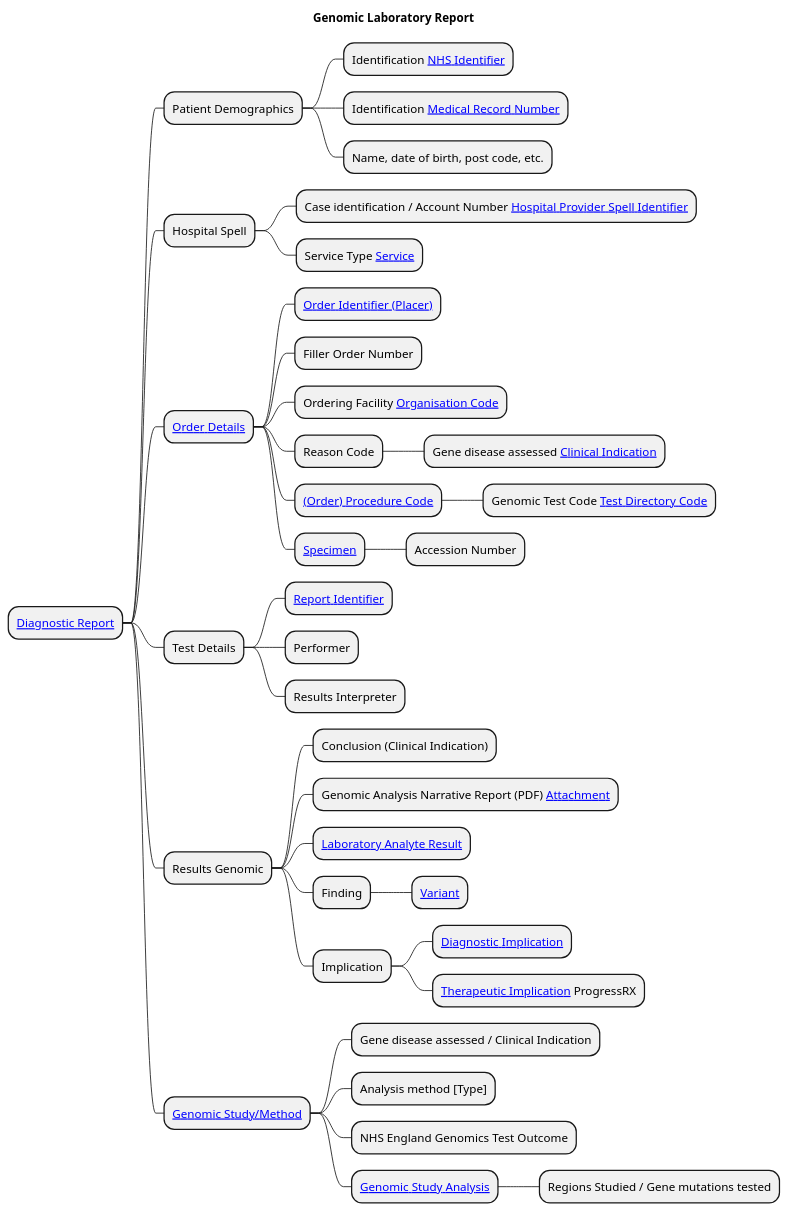
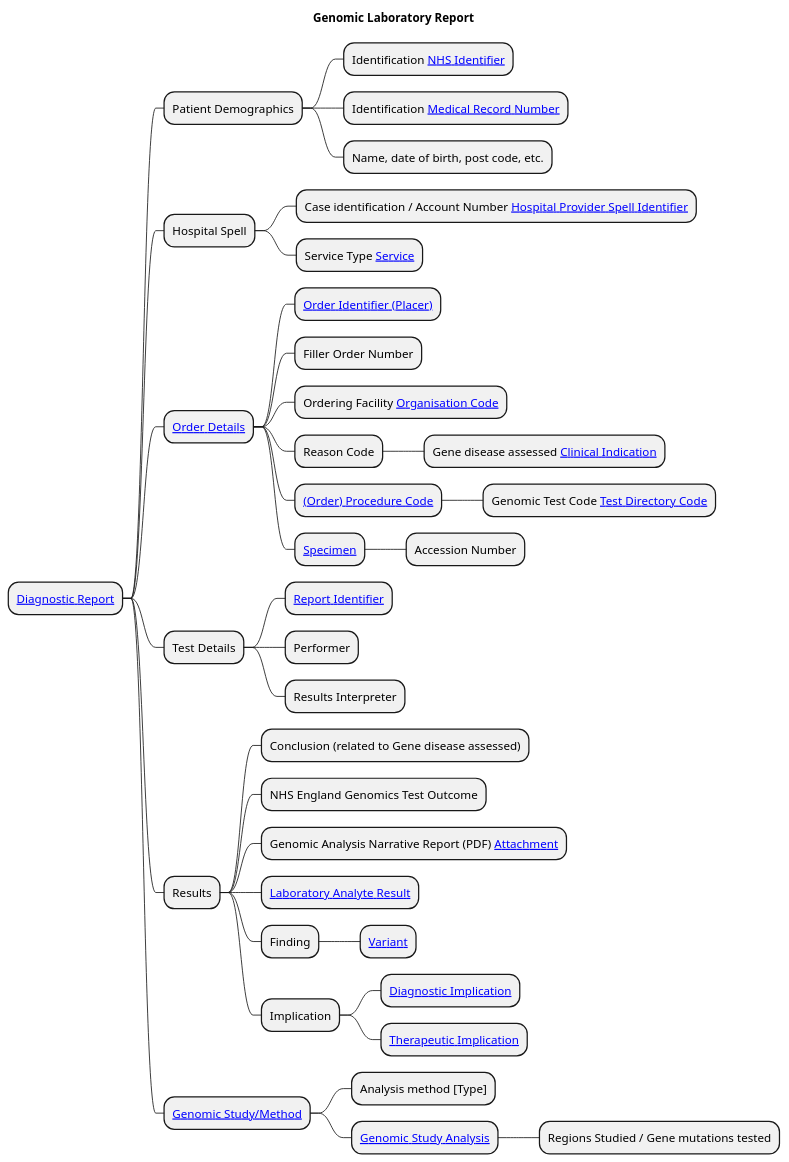
Before and after one commit to nw-gmsa/nw-gmsa.github.com: the diagram in input/images-source/LaboratoryReport-mindmap.plantuml, drawn with PlantUML. The commit also changed 2 other files, not shown here.

```diff
--- a/input/images-source/LaboratoryReport-mindmap.plantuml
+++ b/input/images-source/LaboratoryReport-mindmap.plantuml
@@ -1,43 +1,42 @@
 @startmindmap
 
 title "Genomic Laboratory Report"
 
 * [[StructureDefinition-DiagnosticReport.html Diagnostic Report]]
 ** Patient Demographics
 *** Identification [[StructureDefinition-NHSIdentifier.html NHS Identifier]]
 *** Identification [[StructureDefinition-MedicalRecordNumber.html Medical Record Number]]
 *** Name, date of birth, post code, etc.
 ** Hospital Spell
 *** Case identification / Account Number [[StructureDefinition-HospitalProviderSpellIdentifier.html Hospital Provider Spell Identifier]]
 *** Service Type [[ValueSet-service.html Service]]
 ** [[Questionnaire-GenomicTestOrder.html Order Details]]
 *** [[StructureDefinition-OrderIdentifier.html Order Identifier (Placer)]]
 *** Filler Order Number
 *** Ordering Facility [[StructureDefinition-OrganisationCode.html Organisation Code]]
 *** Reason Code
 **** Gene disease assessed [[CodeSystem-GenomicClinicalIndication.html Clinical Indication]]
 *** [[https://www.datadictionary.nhs.uk/data_elements/local_treatment_category_code.html (Order) Procedure Code]]
 **** Genomic Test Code [[CodeSystem-GenomicTestCode.html Test Directory Code]]
 *** [[StructureDefinition-Specimen.html Specimen]]
 **** Accession Number
 ** Test Details
 *** [[StructureDefinition-ReportIdentifier.html Report Identifier]]
 *** Performer
 *** Results Interpreter
-** Results Genomic
-*** Conclusion (Clinical Indication)
+** Results
+*** Conclusion (related to Gene disease assessed)
+*** NHS England Genomics Test Outcome
 *** Genomic Analysis Narrative Report (PDF) [[StructureDefinition-NWAttachment.html Attachment]]
 *** [[#laboratory-analyte-result Laboratory Analyte Result]]
 *** Finding
 **** [[#reportable-variant Variant]]
 *** Implication
 **** [[#diagnostic-implication Diagnostic Implication]]
-**** [[#implications Therapeutic Implication]] ProgressRX
+**** [[#implications Therapeutic Implication]]
 ** [[#genomic-study Genomic Study/Method]]
-*** Gene disease assessed / Clinical Indication
 *** Analysis method [Type]
-*** NHS England Genomics Test Outcome
 *** [[#genomic-study-analysis Genomic Study Analysis]]
 **** Regions Studied / Gene mutations tested
 
 @endmindmap
```
